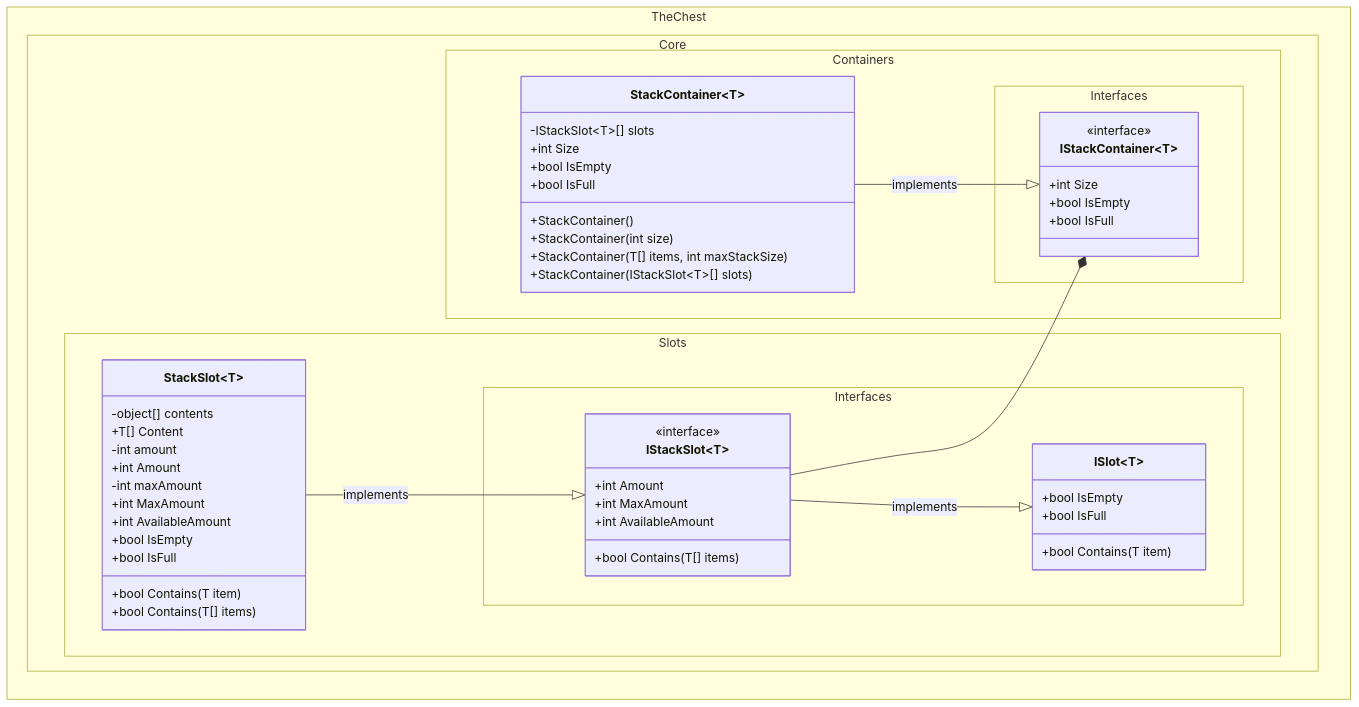
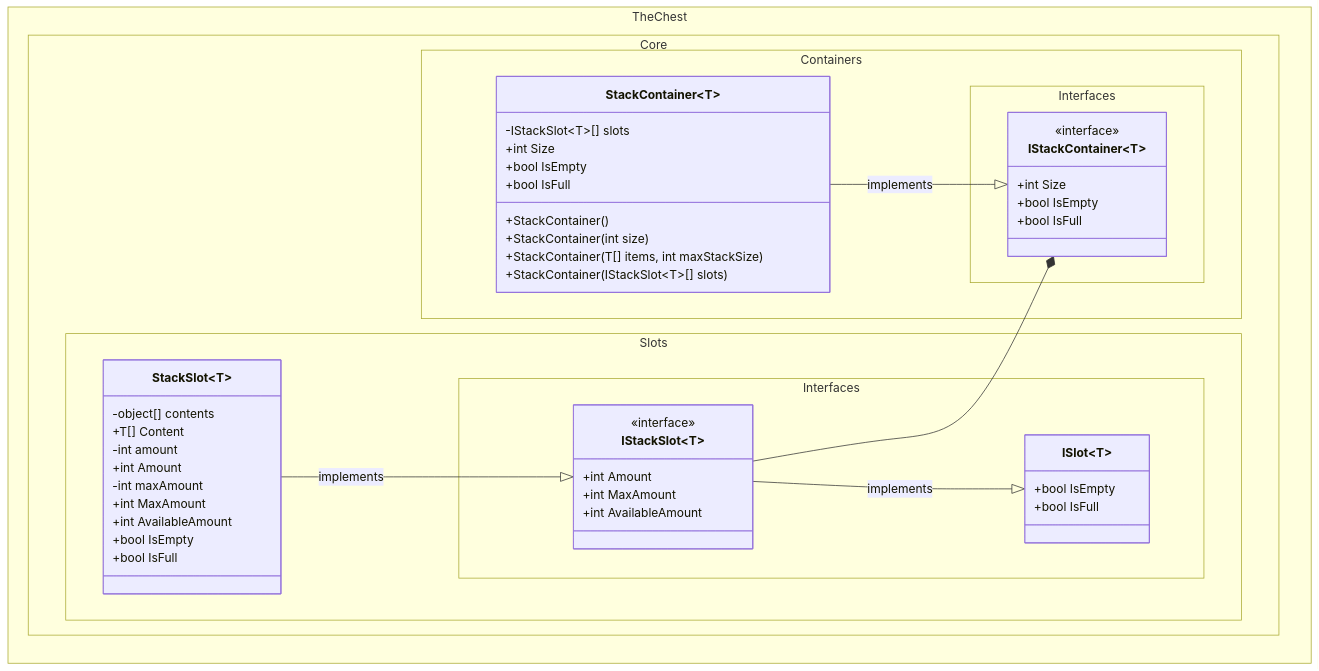
One commit to The-Chest/TheChest.Core changed the second of 3 diagrams in docs/class_diagram.md. Above: the diagram before and after it, drawn with Mermaid. The commit also changed other lines of this file and 13 other files, not shown here.

````diff
--- a/docs/class_diagram.md
+++ b/docs/class_diagram.md
@@ -76,73 +74,69 @@
 ```mermaid
 ---
 config:
   theme: mc
   look: classic
   class:
     hideEmptyMembersBox: true
 ---
 classDiagram
 direction BT
 	namespace TheChest.Core.Containers.Interfaces {
 		class IStackContainer~T~ {
 	        +int Size
 	        +bool IsEmpty
 	        +bool IsFull
         }
 	}
 	namespace TheChest.Core.Slots.Interfaces {
         class ISlot~T~ {
 	        +bool IsEmpty
 	        +bool IsFull
-	        +bool Contains(T item)
         }
         class IStackSlot~T~ {
             +int Amount
             +int MaxAmount
             +int AvailableAmount
-	        +bool Contains(T[] items)
         }
 	}
 	namespace TheChest.Core.Containers {
 		class StackContainer~T~ {
 			-IStackSlot~T~[] slots
 
 			+StackContainer()
 			+StackContainer(int size)
 			+StackContainer(T[] items, int maxStackSize)
 			+StackContainer(IStackSlot~T~[] slots)
 	        
 			+int Size
 	        +bool IsEmpty
 	        +bool IsFull
         }
 	}
 
 	namespace TheChest.Core.Slots {
 		class StackSlot~T~{
 			-object[] contents
 			+T[] Content
 
 			-int amount            
 			+int Amount
 
 			-int maxAmount
             +int MaxAmount
 
             +int AvailableAmount
 	        +bool IsEmpty
 	        +bool IsFull
 
-	        +bool Contains(T item)
-	        +bool Contains(T[] items)
 		}
 	}
 
 	<<interface>> IStackContainer
     <<interface>> IStackSlot
 
     StackContainer --|> IStackContainer : implements
     IStackSlot --|> ISlot : implements
     StackSlot --|> IStackSlot : implements
     IStackSlot --* IStackContainer
 ```
````
